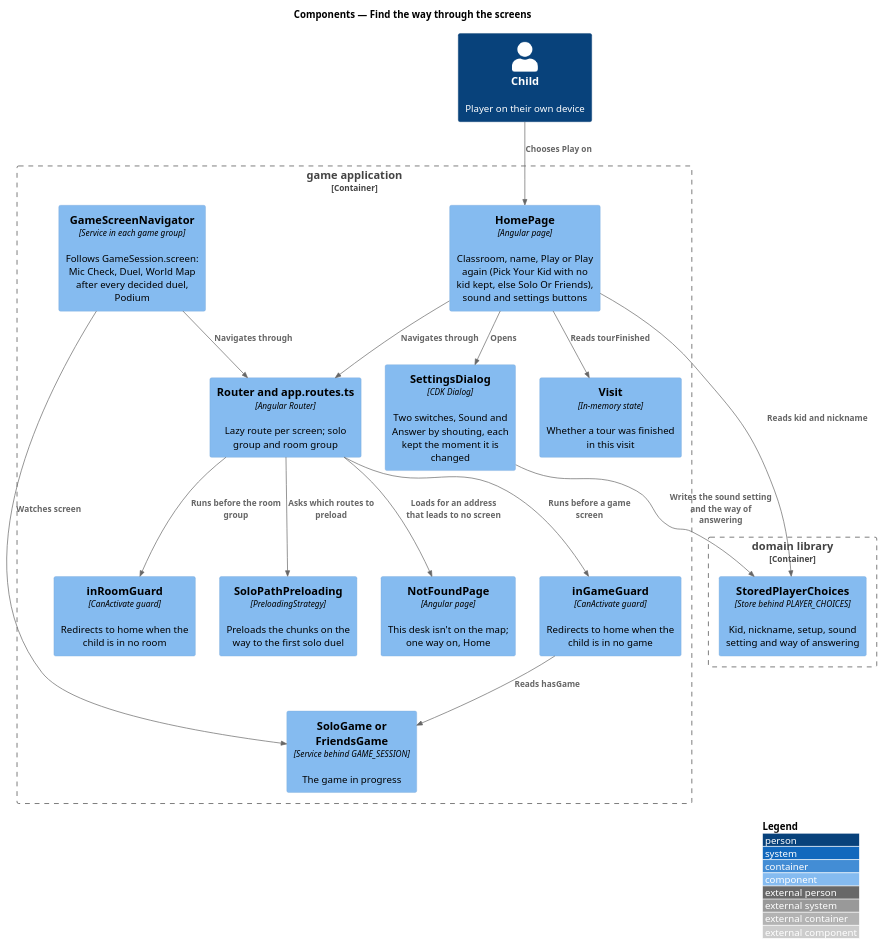
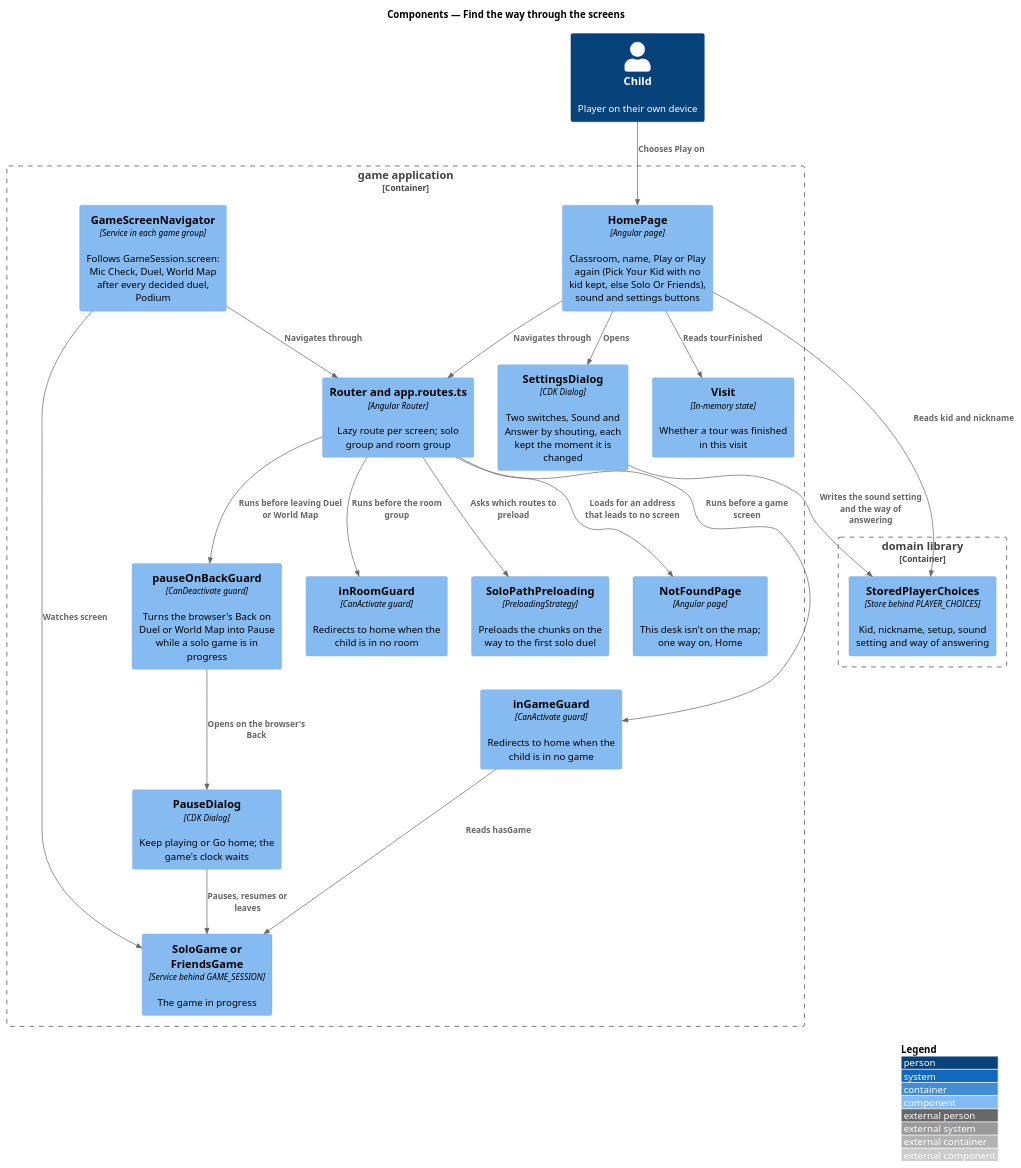
One commit to QuinntyneBrown/around-the-world changed the diagram in docs/detailed-designs/player/find-way-through-screens/diagrams/c4-component.puml. Above: the diagram before and after it, drawn with PlantUML. The commit also changed 5 other files, not shown here.

```diff
--- a/docs/detailed-designs/player/find-way-through-screens/diagrams/c4-component.puml
+++ b/docs/detailed-designs/player/find-way-through-screens/diagrams/c4-component.puml
@@ -1,35 +1,40 @@
 @startuml
 !include <C4/C4_Component>
 LAYOUT_WITH_LEGEND()
 title Components — Find the way through the screens
 
 Person(child, "Child", "Player on their own device")
 Container_Boundary(game, "game application") {
   Component(router, "Router and app.routes.ts", "Angular Router", "Lazy route per screen; solo group and room group")
   Component(home, "HomePage", "Angular page", "Classroom, name, Play or Play again (Pick Your Kid with no kid kept, else Solo Or Friends), sound and settings buttons")
   Component(settings, "SettingsDialog", "CDK Dialog", "Two switches, Sound and Answer by shouting, each kept the moment it is changed")
   Component(notFound, "NotFoundPage", "Angular page", "This desk isn't on the map; one way on, Home")
   Component(gameGuard, "inGameGuard", "CanActivate guard", "Redirects to home when the child is in no game")
+  Component(backGuard, "pauseOnBackGuard", "CanDeactivate guard", "Turns the browser's Back on Duel or World Map into Pause while a solo game is in progress")
+  Component(pause, "PauseDialog", "CDK Dialog", "Keep playing or Go home; the game's clock waits")
   Component(roomGuard, "inRoomGuard", "CanActivate guard", "Redirects to home when the child is in no room")
   Component(nav, "GameScreenNavigator", "Service in each game group", "Follows GameSession.screen: Mic Check, Duel, World Map after every decided duel, Podium")
   Component(preload, "SoloPathPreloading", "PreloadingStrategy", "Preloads the chunks on the way to the first solo duel")
   Component(visit, "Visit", "In-memory state", "Whether a tour was finished in this visit")
   Component(session, "SoloGame or FriendsGame", "Service behind GAME_SESSION", "The game in progress")
 }
 Container_Boundary(domain, "domain library") {
   Component(choices, "StoredPlayerChoices", "Store behind PLAYER_CHOICES", "Kid, nickname, setup, sound setting and way of answering")
 }
 Rel(child, home, "Chooses Play on")
 Rel(home, router, "Navigates through")
 Rel(home, choices, "Reads kid and nickname")
 Rel(home, visit, "Reads tourFinished")
 Rel(home, settings, "Opens")
 Rel(settings, choices, "Writes the sound setting and the way of answering")
 Rel(router, notFound, "Loads for an address that leads to no screen")
 Rel(router, gameGuard, "Runs before a game screen")
 Rel(router, roomGuard, "Runs before the room group")
 Rel(router, preload, "Asks which routes to preload")
 Rel(gameGuard, session, "Reads hasGame")
+Rel(router, backGuard, "Runs before leaving Duel or World Map")
+Rel(backGuard, pause, "Opens on the browser's Back")
+Rel(pause, session, "Pauses, resumes or leaves")
 Rel(nav, session, "Watches screen")
 Rel(nav, router, "Navigates through")
 @enduml
```
